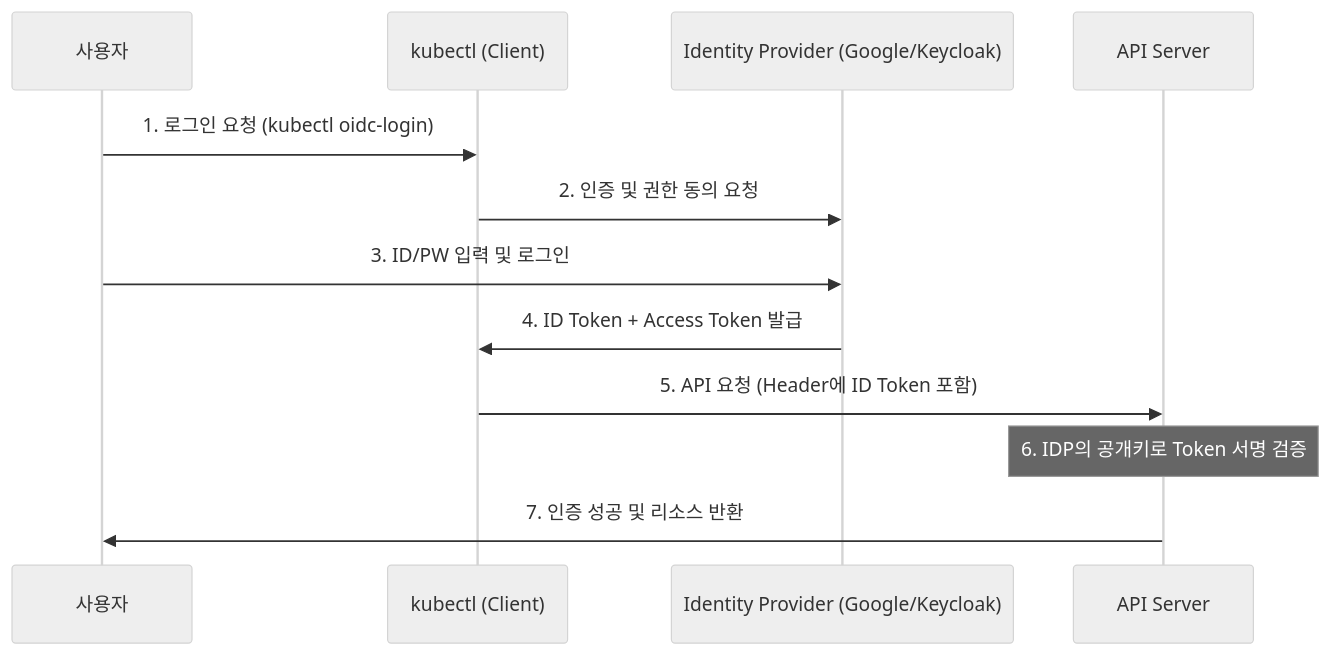
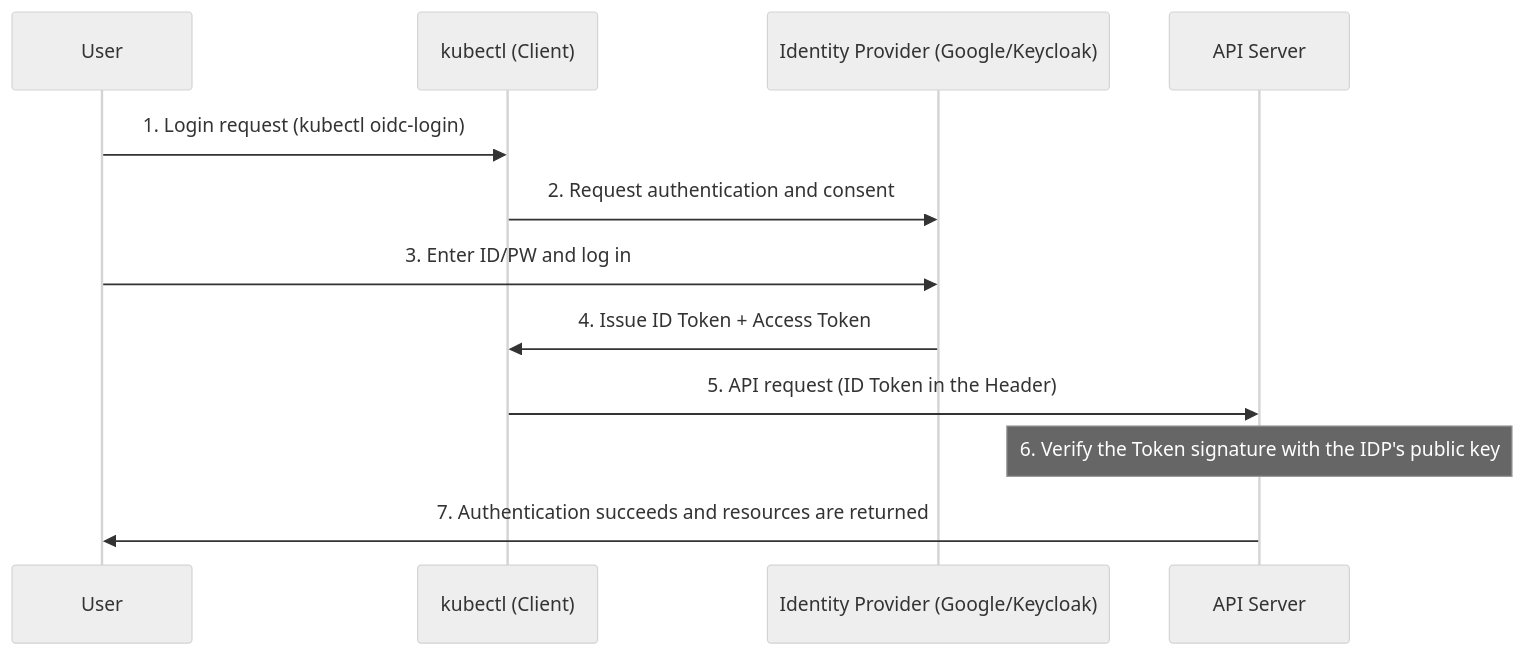
One commit to jeonck/k8s-adv changed the diagram in content/security/05-advanced/37-oidc-on-kubernetes.md. Above: the diagram before and after it, drawn with Mermaid (neutral theme). The commit also changed other lines of this file and 223 other files, not shown here.

````diff
--- a/content/security/05-advanced/37-oidc-on-kubernetes.md
+++ b/content/security/05-advanced/37-oidc-on-kubernetes.md
@@ -48,15 +48,15 @@
 ```mermaid
 sequenceDiagram
-    participant U as 사용자
+    participant U as User
     participant K as kubectl (Client)
     participant I as Identity Provider (Google/Keycloak)
     participant A as API Server
     
-    U->>K: 1. 로그인 요청 (kubectl oidc-login)
-    K->>I: 2. 인증 및 권한 동의 요청
-    U->>I: 3. ID/PW 입력 및 로그인
-    I->>K: 4. ID Token + Access Token 발급
-    K->>A: 5. API 요청 (Header에 ID Token 포함)
-    Note over A: 6. IDP의 공개키로 Token 서명 검증
-    A->>U: 7. 인증 성공 및 리소스 반환
+    U->>K: 1. Login request (kubectl oidc-login)
+    K->>I: 2. Request authentication and consent
+    U->>I: 3. Enter ID/PW and log in
+    I->>K: 4. Issue ID Token + Access Token
+    K->>A: 5. API request (ID Token in the Header)
+    Note over A: 6. Verify the Token signature with the IDP's public key
+    A->>U: 7. Authentication succeeds and resources are returned
 ```
````
